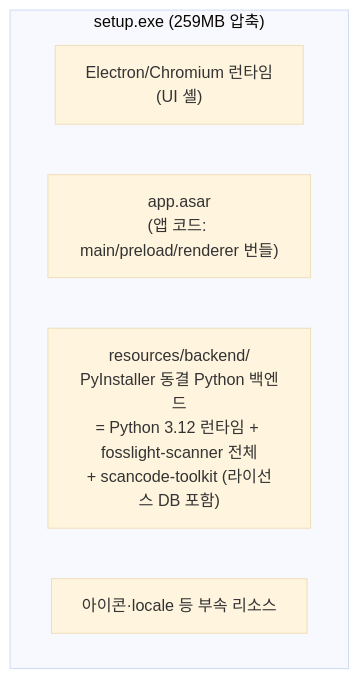
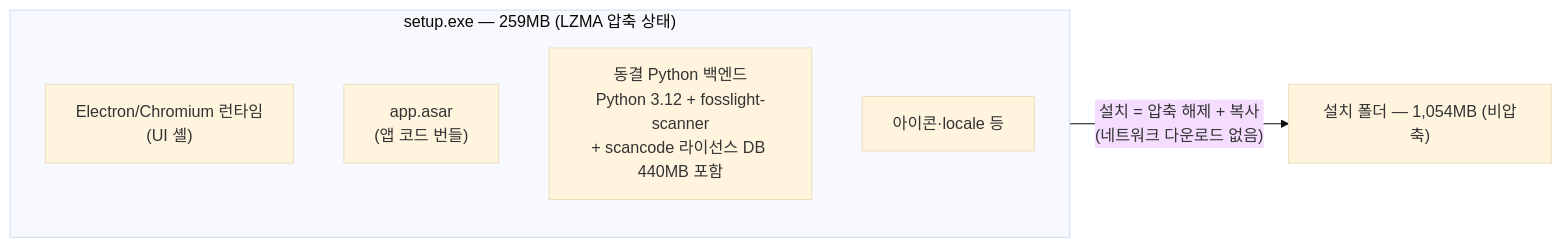
One commit to fosslight/fosslight_scanner_gui changed the first of 2 diagrams in docs/06-distribution-contents.md. Above: the diagram before and after it, drawn with Mermaid (base theme). The commit also changed other lines of this file and 1 other file, not shown here.

First line of the commit message:
fix(log): save scan log identical to the in-app log console

````diff
--- a/docs/06-distribution-contents.md
+++ b/docs/06-distribution-contents.md
@@ -8,9 +17,10 @@
 ```mermaid
-flowchart TD
-    subgraph SETUP["setup.exe (259MB 압축)"]
+flowchart LR
+    subgraph SETUP["setup.exe — 259MB (LZMA 압축 상태)"]
         A["Electron/Chromium 런타임<br/>(UI 셸)"]
-        B["app.asar<br/>(앱 코드: main/preload/renderer 번들)"]
-        C["resources/backend/<br/>PyInstaller 동결 Python 백엔드<br/>= Python 3.12 런타임 + fosslight-scanner 전체<br/>+ scancode-toolkit (라이선스 DB 포함)"]
-        D["아이콘·locale 등 부속 리소스"]
+        B["app.asar<br/>(앱 코드 번들)"]
+        C["동결 Python 백엔드<br/>Python 3.12 + fosslight-scanner<br/>+ scancode 라이선스 DB 440MB 포함"]
+        D["아이콘·locale 등"]
     end
+    SETUP -->|"설치 = 압축 해제 + 복사<br/>(네트워크 다운로드 없음)"| INST["설치 폴더 — 1,054MB (비압축)"]
 ```
````
